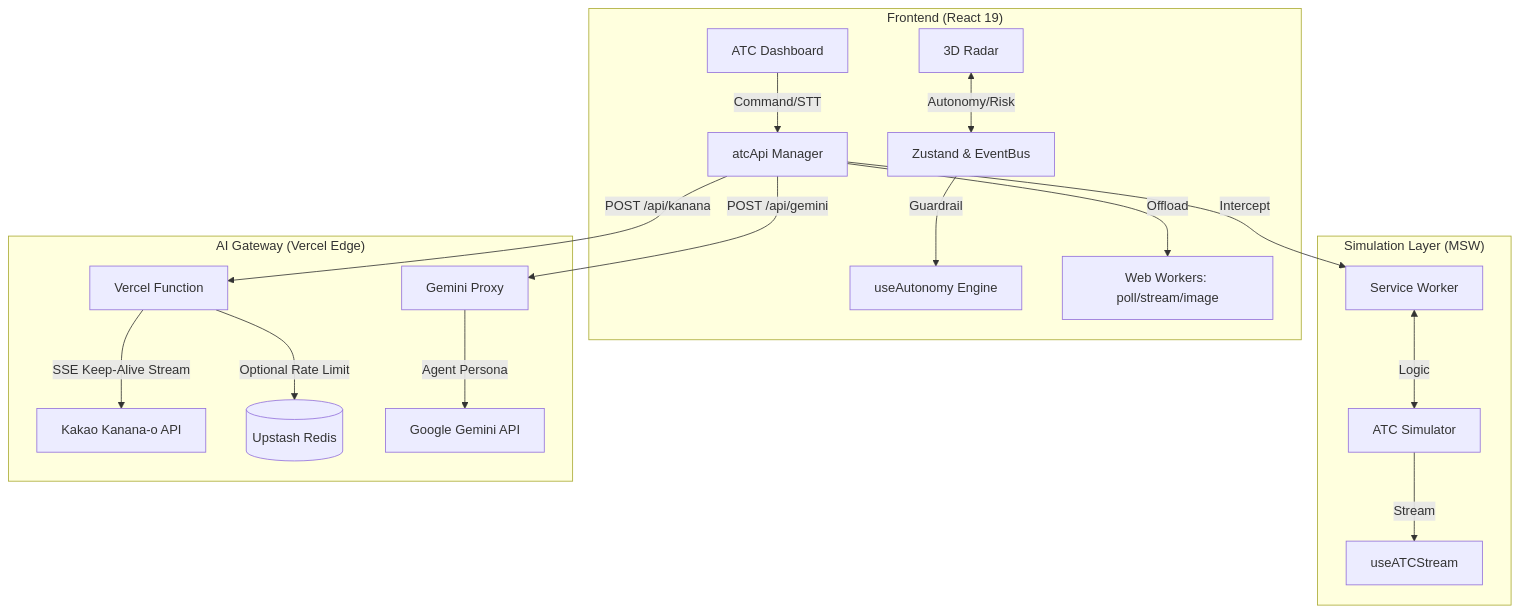
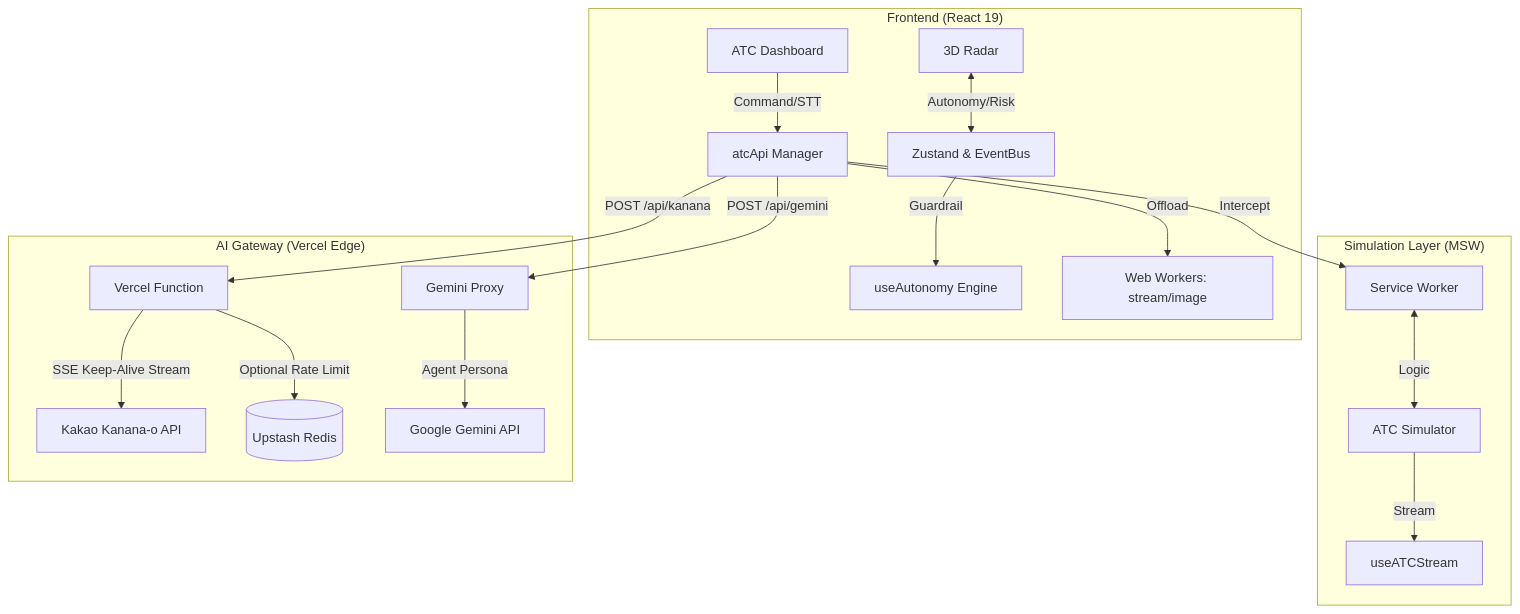
The diagram in README.md (209512/kanana-atc), drawn with Mermaid before and after one commit. The commit also changed other lines of this file and 13 other files, not shown here.

````diff
--- a/README.md
+++ b/README.md
@@ -77,23 +78,23 @@
 ```mermaid
 graph TD
     subgraph "Frontend (React 19)"
         UI[ATC Dashboard] -->|Command/STT| API[atcApi Manager]
         Radar[3D Radar] <-->|Autonomy/Risk| Store[Zustand & EventBus]
         Store -->|Guardrail| Autonomy[useAutonomy Engine]
-        API -->|Offload| Worker[Web Workers: poll/stream/image]
+        API -->|Offload| Worker[Web Workers: stream/image]
     end
 
     subgraph "Simulation Layer (MSW)"
         API -->|Intercept| MSW[Service Worker]
         MSW <-->|Logic| Sim[ATC Simulator]
         Sim -->|Stream| StreamHook[useATCStream]
     end
 
     subgraph "AI Gateway (Vercel Edge)"
         API -->|POST /api/kanana| Vercel[Vercel Function]
         Vercel -->|SSE Keep-Alive Stream| Kanana[Kakao Kanana-o API]
         Vercel -->|Optional Rate Limit| Redis[(Upstash Redis)]
         API -->|POST /api/gemini| VercelGemini[Gemini Proxy]
         VercelGemini -->|Agent Persona| Gemini[Google Gemini API]
     end
 ```
````
